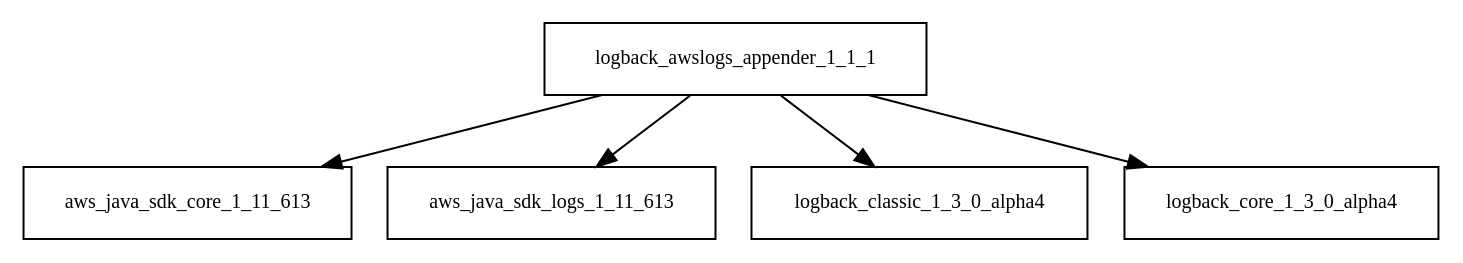
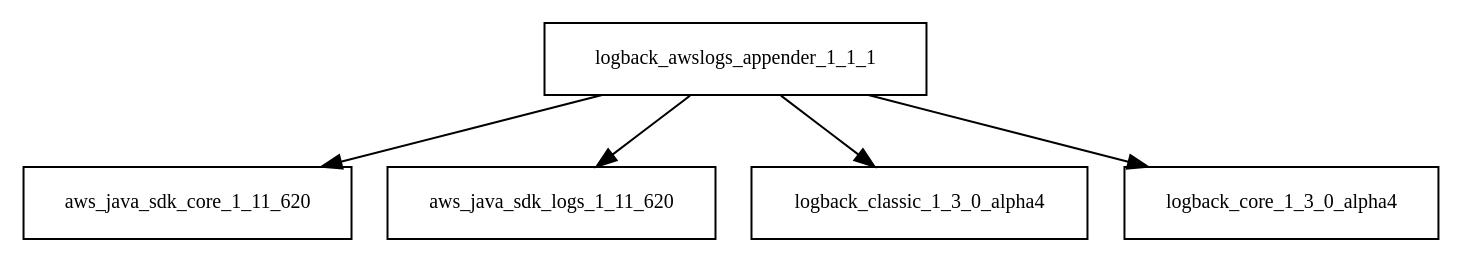
One commit to Hack23/cia changed the diagram in tattleTaleReport/graphviz/logback-awslogs-appender-1.1.1.jar/logback-awslogs-appender-1.1.1.jar.dot. Above: the diagram before and after it, drawn with Graphviz. The commit also changed 2280 other files, not shown here.

```diff
--- a/tattleTaleReport/graphviz/logback-awslogs-appender-1.1.1.jar/logback-awslogs-appender-1.1.1.jar.dot
+++ b/tattleTaleReport/graphviz/logback-awslogs-appender-1.1.1.jar/logback-awslogs-appender-1.1.1.jar.dot
@@ -1,7 +1,7 @@
 digraph logback_awslogs_appender_1_1_1_dependencies {
   node [shape = box, fontsize=10.0];
-  logback_awslogs_appender_1_1_1 -> aws_java_sdk_core_1_11_613;
-  logback_awslogs_appender_1_1_1 -> aws_java_sdk_logs_1_11_613;
+  logback_awslogs_appender_1_1_1 -> aws_java_sdk_core_1_11_620;
+  logback_awslogs_appender_1_1_1 -> aws_java_sdk_logs_1_11_620;
   logback_awslogs_appender_1_1_1 -> logback_classic_1_3_0_alpha4;
   logback_awslogs_appender_1_1_1 -> logback_core_1_3_0_alpha4;
 }
```
